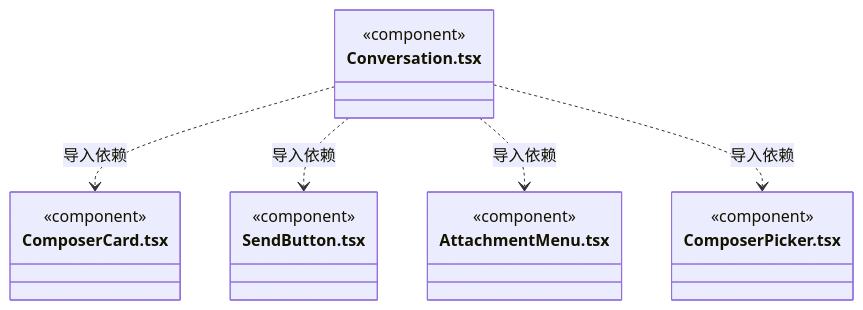
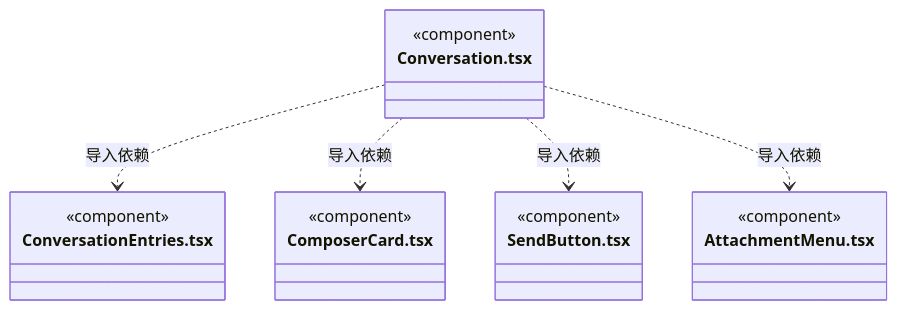
Before and after one commit to nan023062/cbim: diagram 47 of 54 in src/frontend/conversation/ARCHITECTURE.md, drawn with Mermaid. The commit also changed other lines of this file and 23 other files, not shown here.

First line of the commit message:
fix: manage conversation entries and workspace menus (#11)

````diff
--- a/src/frontend/conversation/ARCHITECTURE.md
+++ b/src/frontend/conversation/ARCHITECTURE.md
@@ -657,22 +704,22 @@
 ```mermaid
 classDiagram
 class N_src_frontend_conversation_Conversation_tsx["Conversation.tsx"] {
+  <<component>>
+}
+class N_src_frontend_conversation_ConversationEntries_tsx["ConversationEntries.tsx"] {
   <<component>>
 }
 class N_src_frontend_conversation_ComposerCard_tsx["ComposerCard.tsx"] {
   <<component>>
 }
 class N_src_frontend_conversation_SendButton_tsx["SendButton.tsx"] {
   <<component>>
 }
 class N_src_frontend_conversation_AttachmentMenu_tsx["AttachmentMenu.tsx"] {
   <<component>>
 }
-class N_src_frontend_conversation_ComposerPicker_tsx["ComposerPicker.tsx"] {
-  <<component>>
-}
+N_src_frontend_conversation_Conversation_tsx ..> N_src_frontend_conversation_ConversationEntries_tsx : 导入依赖
 N_src_frontend_conversation_Conversation_tsx ..> N_src_frontend_conversation_ComposerCard_tsx : 导入依赖
 N_src_frontend_conversation_Conversation_tsx ..> N_src_frontend_conversation_SendButton_tsx : 导入依赖
 N_src_frontend_conversation_Conversation_tsx ..> N_src_frontend_conversation_AttachmentMenu_tsx : 导入依赖
-N_src_frontend_conversation_Conversation_tsx ..> N_src_frontend_conversation_ComposerPicker_tsx : 导入依赖
 ```
````
